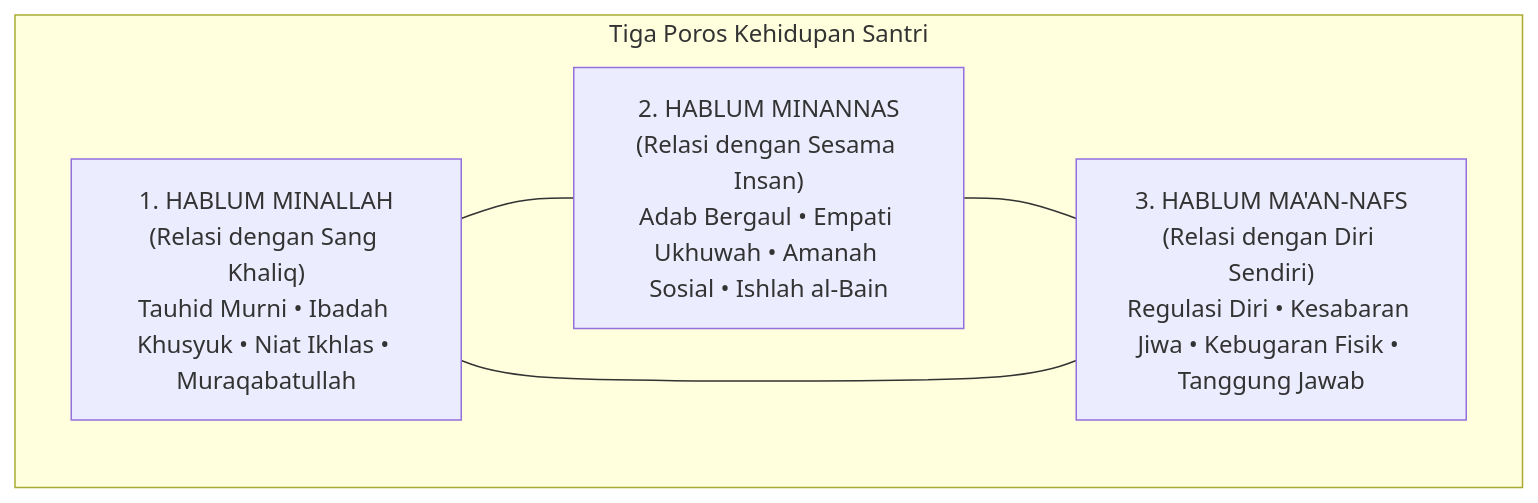
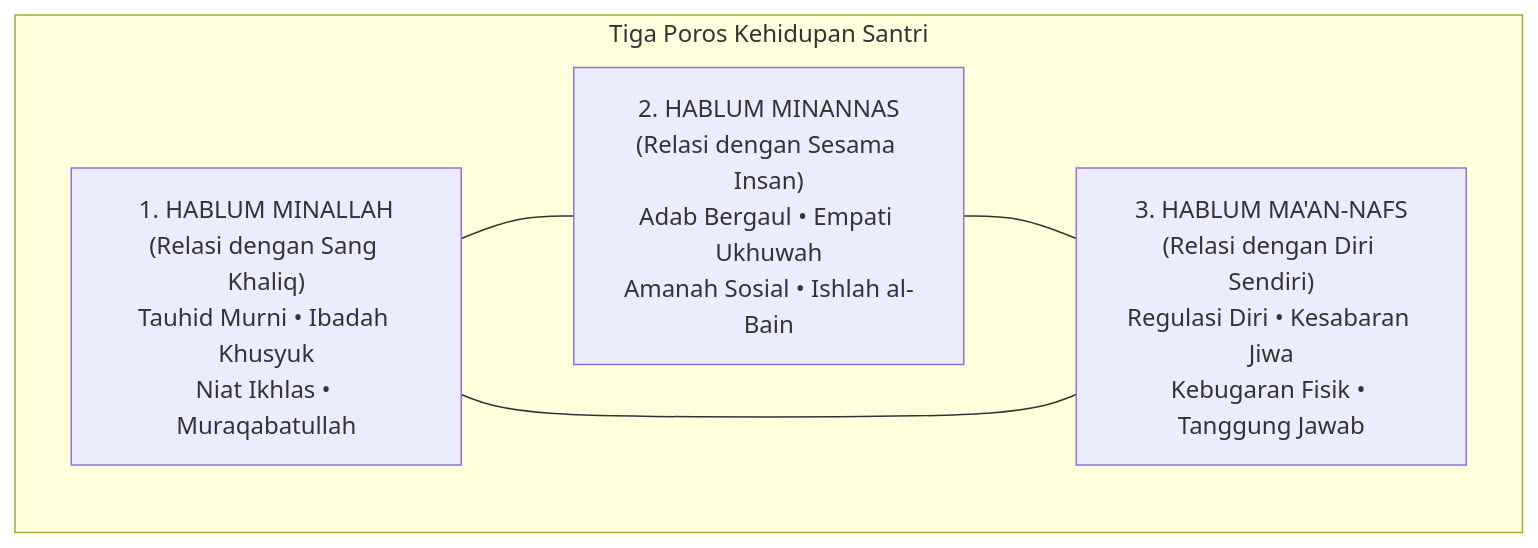
One commit to wandiapriliyandi/tumbuh changed the second of 5 diagrams in BOOK Series 1/01-The-Fundamental-of-TUMBUH/Bab-10-Kerangka-Struktur-Model-Inti-TUMBUH.md. Above: the diagram before and after it, drawn with Mermaid. The commit also changed other lines of this file and 34 other files, not shown here.

Commit message:
fix(book-01): audit menyeluruh 20 bab, perapihan diagram dan sinkronisasi 100% catatan kaki

````diff
--- a/BOOK Series 1/01-The-Fundamental-of-TUMBUH/Bab-10-Kerangka-Struktur-Model-Inti-TUMBUH.md
+++ b/BOOK Series 1/01-The-Fundamental-of-TUMBUH/Bab-10-Kerangka-Struktur-Model-Inti-TUMBUH.md
@@ -50,12 +50,12 @@
 ```mermaid
 graph TD
     subgraph TIGA_RANAH_HUBUNGAN["Tiga Poros Kehidupan Santri"]
-        M["1. HABLUM MINALLAH<br/>(Relasi dengan Sang Khaliq)<br/>Tauhid Murni • Ibadah Khusyuk • Niat Ikhlas • Muraqabatullah"]
-        N["2. HABLUM MINANNAS<br/>(Relasi dengan Sesama Insan)<br/>Adab Bergaul • Empati Ukhuwah • Amanah Sosial • Ishlah al-Bain"]
-        D["3. HABLUM MA'AN-NAFS<br/>(Relasi dengan Diri Sendiri)<br/>Regulasi Diri • Kesabaran Jiwa • Kebugaran Fisik • Tanggung Jawab"]
+        M["1. HABLUM MINALLAH<br/>(Relasi dengan Sang Khaliq)<br/>Tauhid Murni • Ibadah Khusyuk<br/>Niat Ikhlas • Muraqabatullah"]
+        N["2. HABLUM MINANNAS<br/>(Relasi dengan Sesama Insan)<br/>Adab Bergaul • Empati Ukhuwah<br/>Amanah Sosial • Ishlah al-Bain"]
+        D["3. HABLUM MA'AN-NAFS<br/>(Relasi dengan Diri Sendiri)<br/>Regulasi Diri • Kesabaran Jiwa<br/>Kebugaran Fisik • Tanggung Jawab"]
     end
 
     M --- N
     N --- D
     D --- M
 ```
````
